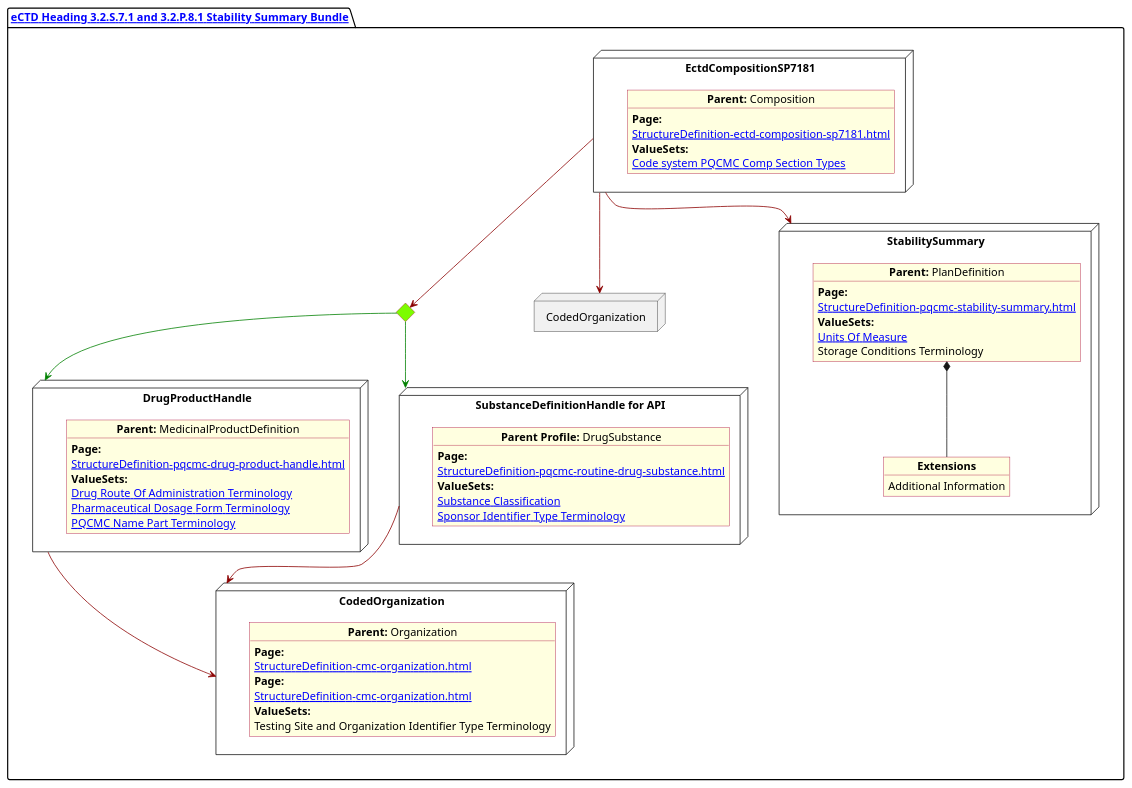
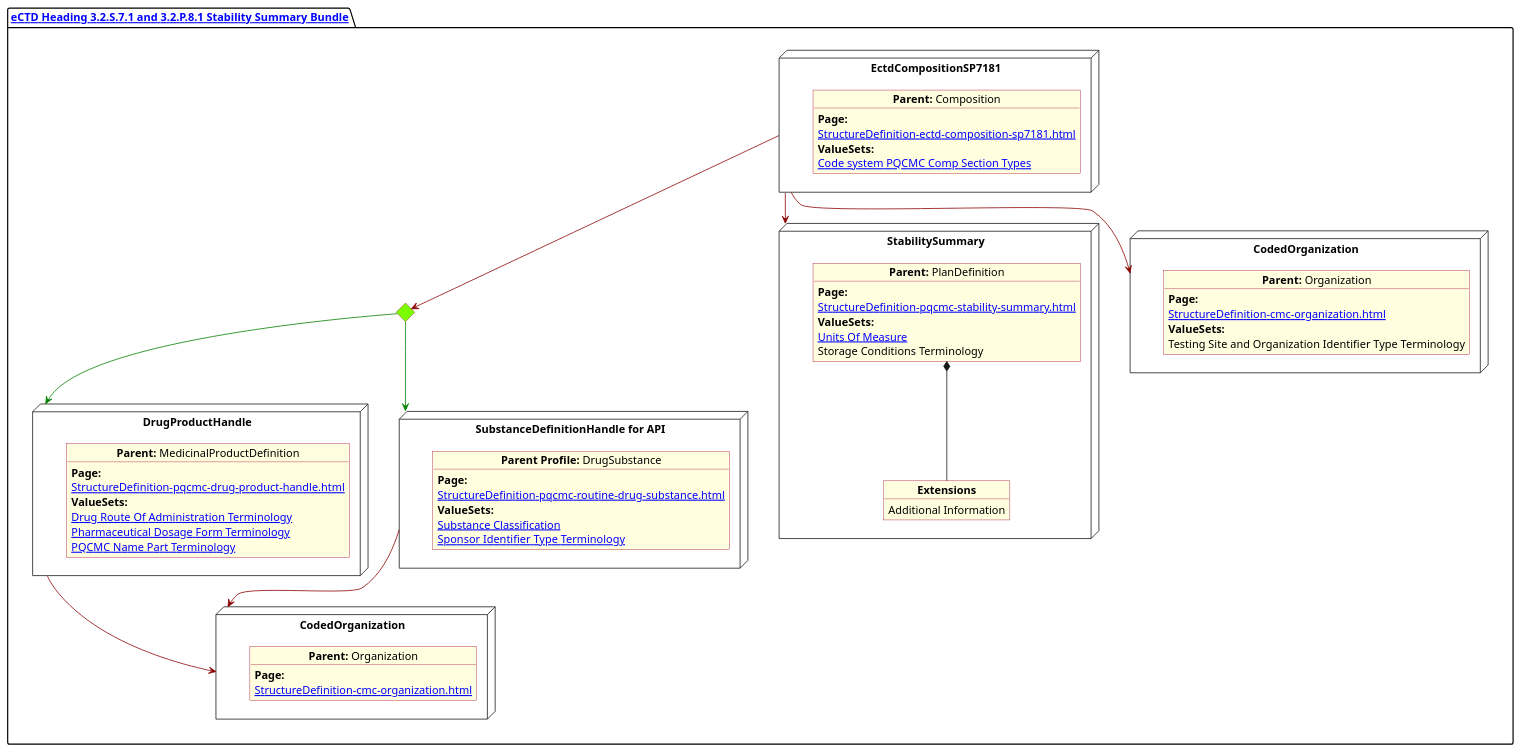
The diagram in input/images-source/StabilitySummary.plantuml (HL7/FHIR-us-pq-cmc-fda), drawn with PlantUML before and after one commit. The commit also changed 1 other file, not shown here.

Commit message:
layout diagram changes

```diff
--- a/input/images-source/StabilitySummary.plantuml
+++ b/input/images-source/StabilitySummary.plantuml
@@ -1,91 +1,91 @@
 @startuml StabilitySummary
 allowmixing
 'Mixed model of use case and object
 skinparam svgDimensionStyle false
 skinparam ObjectBackgroundColor LightYellow
 skinparam ObjectBorderColor #A80036
 skinparam activityDiamondBorderColor #A80036
 skinparam activityDiamondBackgroundColor lawnGreen
 skinparam ClassBorderThickness 4
 
 package "[[StructureDefinition-cmc-ectd-document-sp7181.html eCTD Heading 3.2.S.7.1 and 3.2.P.8.1 Stability Summary Bundle]]" as NODES {
 
       node "DrugProductHandle" as NN {
 
             object "**Parent:** MedicinalProductDefinition" as obj3 {
                   **Page:**
                   [[StructureDefinition-pqcmc-drug-product-handle.html]]
                   **ValueSets:**
                   [[ValueSet-spl-drug-route-of-administration-terminology.html Drug Route Of Administration Terminology]]
                   [[ValueSet-spl-pharmaceutical-dosage-form-terminology.html Pharmaceutical Dosage Form Terminology]]
                   [[ValueSet-pqcmc-name-part-terminology.html PQCMC Name Part Terminology]]
             }
       }
       diamond CH
 
       node "SubstanceDefinitionHandle for API" as NNS {
 
             object "**Parent Profile:** DrugSubstance" as obj4 {
                   **Page:**
                   [[StructureDefinition-pqcmc-routine-drug-substance.html]]
                   **ValueSets:**
                   [[ValueSet-substance-classification.html Substance Classification]]
                   [[ValueSet-pqcmc-org-identifier-type-terminology.html Sponsor Identifier Type Terminology]]
             }
       }
 
-        node "CodedOrganization" as NMFG {
 
-    object "**Parent:** Organization" as objAu {
-      **Page:**
-      [[StructureDefinition-cmc-organization.html]]
-    }
-  }
+      node "CodedOrganization" as NMFG {
 
+            object "**Parent:** Organization" as objDP {
+                  **Page:**
+                  [[StructureDefinition-cmc-organization.html]]
+            }
+      }
       node "StabilitySummary" as NMain {
 
             object "**Parent:** PlanDefinition" as objMain {
                   **Page:**
                   [[StructureDefinition-pqcmc-stability-summary.html]]
                   **ValueSets:**
                   [[ValueSet-pqcmc-units-of-measure.html Units Of Measure]]
                   Storage Conditions Terminology
             }
 
             object "**Extensions**" as objExs2 {
                   Additional Information
             }
 
             objMain *-- objExs2
       }
 
       node "EctdCompositionSP7181" as N1 {
 
             object "**Parent:** Composition" as obj1 {
                   **Page:**
                   [[StructureDefinition-ectd-composition-sp7181.html]]
                   **ValueSets:**
                   [[ValueSet-cmc-comp-section-types-vs.html Code system PQCMC Comp Section Types]]
             }
       }
       node "CodedOrganization" as NSO {
 
             object "**Parent:** Organization" as objAu {
                   **Page:**
                   [[StructureDefinition-cmc-organization.html]]
                   **ValueSets:**
                   Testing Site and Organization Identifier Type Terminology
             }
       }
 
       CH -[#green]-> NN
       CH -[#green]-> NNS
       N1 -[#darkred]-> CH
       N1 -[#darkred]-> NSO
       NN -[#darkred]-> NMFG
       NNS -[#darkred]-> NMFG
       N1 -[#darkred]-> NMain
 
 
 }
 @enduml
```
